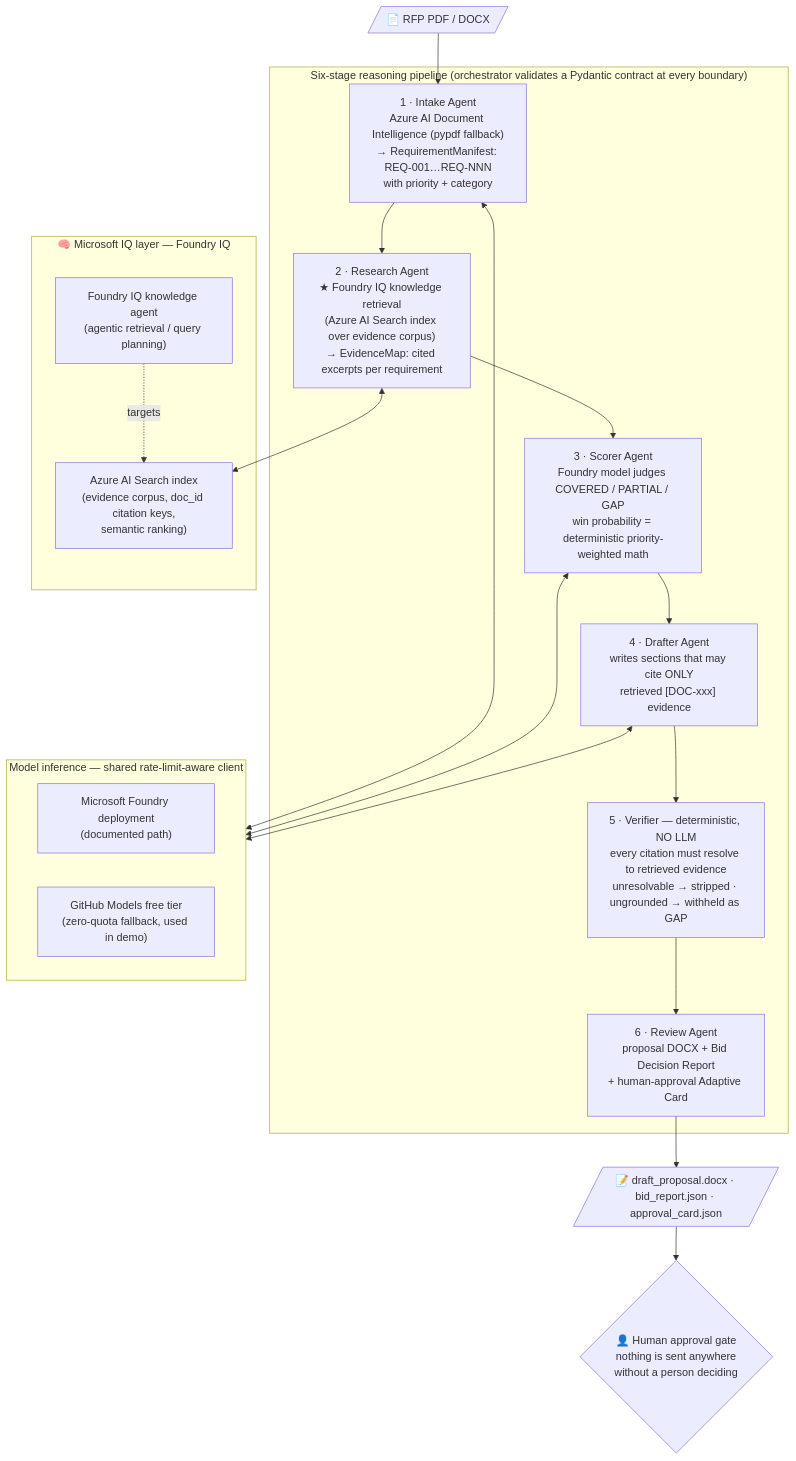
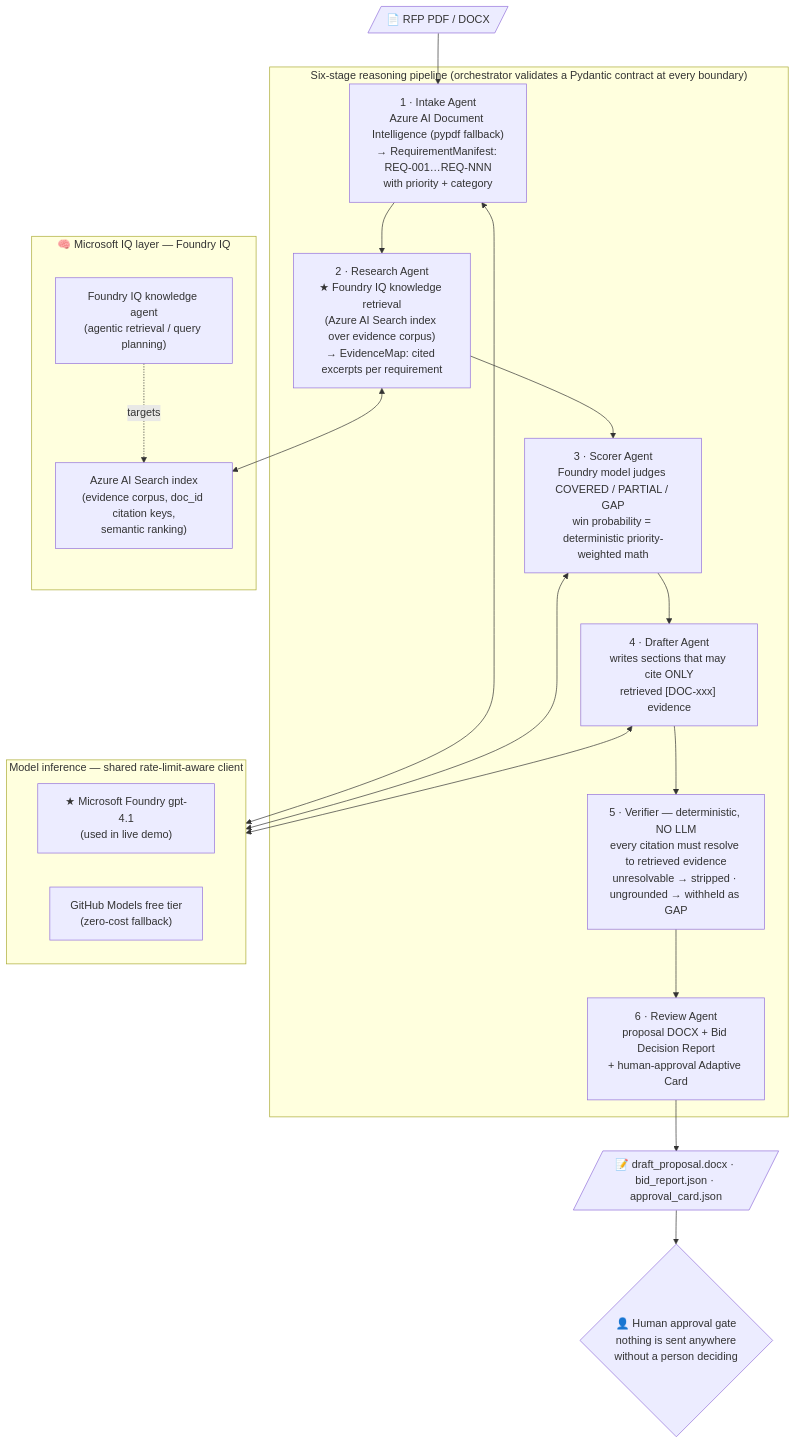
One commit to ratyagi/rfp-intelligence-agent changed the diagram in README.md. Above: the diagram before and after it, drawn with Mermaid. The commit also changed other lines of this file, not shown here.

First line of the commit message:
README: reflect all-Foundry live run (gpt-4.1 + Foundry IQ)

````diff
--- a/README.md
+++ b/README.md
@@ -15,30 +15,30 @@
 ```mermaid
 flowchart TD
     RFP[/"📄 RFP PDF / DOCX"/] --> S1
 
     subgraph PIPELINE["Six-stage reasoning pipeline (orchestrator validates a Pydantic contract at every boundary)"]
         S1["1 · Intake Agent<br/>Azure AI Document Intelligence (pypdf fallback)<br/>→ RequirementManifest: REQ-001…REQ-NNN<br/>with priority + category"]
         S2["2 · Research Agent<br/>★ Foundry IQ knowledge retrieval<br/>(Azure AI Search index over evidence corpus)<br/>→ EvidenceMap: cited excerpts per requirement"]
         S3["3 · Scorer Agent<br/>Foundry model judges COVERED / PARTIAL / GAP<br/>win probability = deterministic priority-weighted math"]
         S4["4 · Drafter Agent<br/>writes sections that may cite ONLY<br/>retrieved [DOC-xxx] evidence"]
         S5["5 · Verifier — deterministic, NO LLM<br/>every citation must resolve to retrieved evidence<br/>unresolvable → stripped · ungrounded → withheld as GAP"]
         S6["6 · Review Agent<br/>proposal DOCX + Bid Decision Report<br/>+ human-approval Adaptive Card"]
         S1 --> S2 --> S3 --> S4 --> S5 --> S6
     end
 
     subgraph IQ["🧠 Microsoft IQ layer — Foundry IQ"]
         KB["Azure AI Search index<br/>(evidence corpus, doc_id citation keys,<br/>semantic ranking)"]
         AGENT["Foundry IQ knowledge agent<br/>(agentic retrieval / query planning)"]
         AGENT -. targets .-> KB
     end
 
     subgraph MODELS["Model inference — shared rate-limit-aware client"]
-        FOUNDRY["Microsoft Foundry deployment<br/>(documented path)"]
-        GHM["GitHub Models free tier<br/>(zero-quota fallback, used in demo)"]
+        FOUNDRY["★ Microsoft Foundry gpt-4.1<br/>(used in live demo)"]
+        GHM["GitHub Models free tier<br/>(zero-cost fallback)"]
     end
 
     S2 <--> KB
     S1 & S3 & S4 <--> MODELS
     S6 --> OUT[/"📝 draft_proposal.docx · bid_report.json · approval_card.json"/]
     OUT --> HUMAN{"👤 Human approval gate<br/>nothing is sent anywhere<br/>without a person deciding"}
 ```
````
